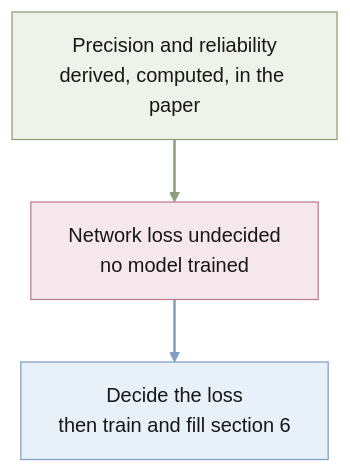
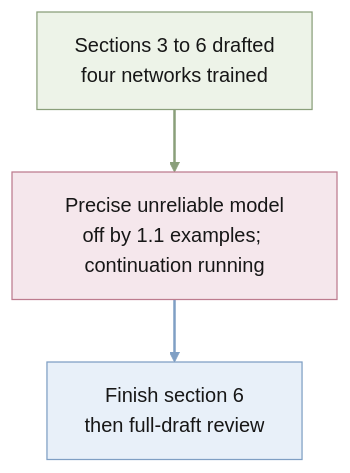
The diagram in STATUS.md (quan-possible/description-icl), drawn with Mermaid before and after one commit. The commit also changed other lines of this file and 2 other files, not shown here.

Commit message:
Update STATUS, the research record, and the dated memory with the network results

````diff
--- a/STATUS.md
+++ b/STATUS.md
@@ -5,17 +5,17 @@
 ```mermaid
 %%{init: {"theme":"base","themeVariables":{"fontFamily":"Inter, Clear Sans, Noto Sans, Helvetica Neue, Arial, Noto Sans CJK JP, sans-serif","fontSize":"16px","primaryTextColor":"#171717","lineColor":"#a8a8a8","mainBkg":"#ffffff","clusterBkg":"#ffffff","clusterBorder":"#ffffff","edgeLabelBackground":"#ffffff"},"flowchart":{"htmlLabels":true,"curve":"linear"}}}%%
 flowchart TD
     classDef green fill:#edf3e8,stroke:#8a9f7a,color:#171717,stroke-width:1px
     classDef pink fill:#f5e7ec,stroke:#bd7c8f,color:#171717,stroke-width:1px
     classDef blue fill:#e8f0f9,stroke:#7f9fc4,color:#171717,stroke-width:1px
     classDef edgeGreen stroke:#8a9f7a,color:#8a9f7a,stroke-width:2px
     classDef edgeBlue stroke:#7f9fc4,color:#7f9fc4,stroke-width:2px
 
-    done["Precision and reliability<br/>derived, computed, in the paper"] e1@--> gap["Network loss undecided<br/>no model trained"] e2@--> next["Decide the loss<br/>then train and fill section 6"]
+    done["Sections 3 to 6 drafted<br/>four networks trained"] e1@--> gap["Precise unreliable model<br/>off by 1.1 examples; continuation running"] e2@--> next["Finish section 6<br/>then full-draft review"]
 
     class done green
     class gap pink
     class next blue
     class e1 edgeGreen
     class e2 edgeBlue
 ```
````
